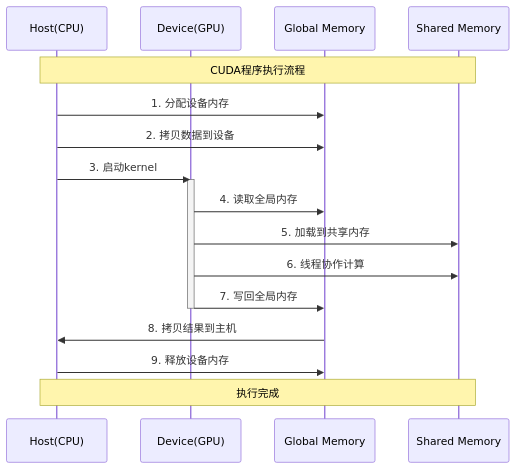
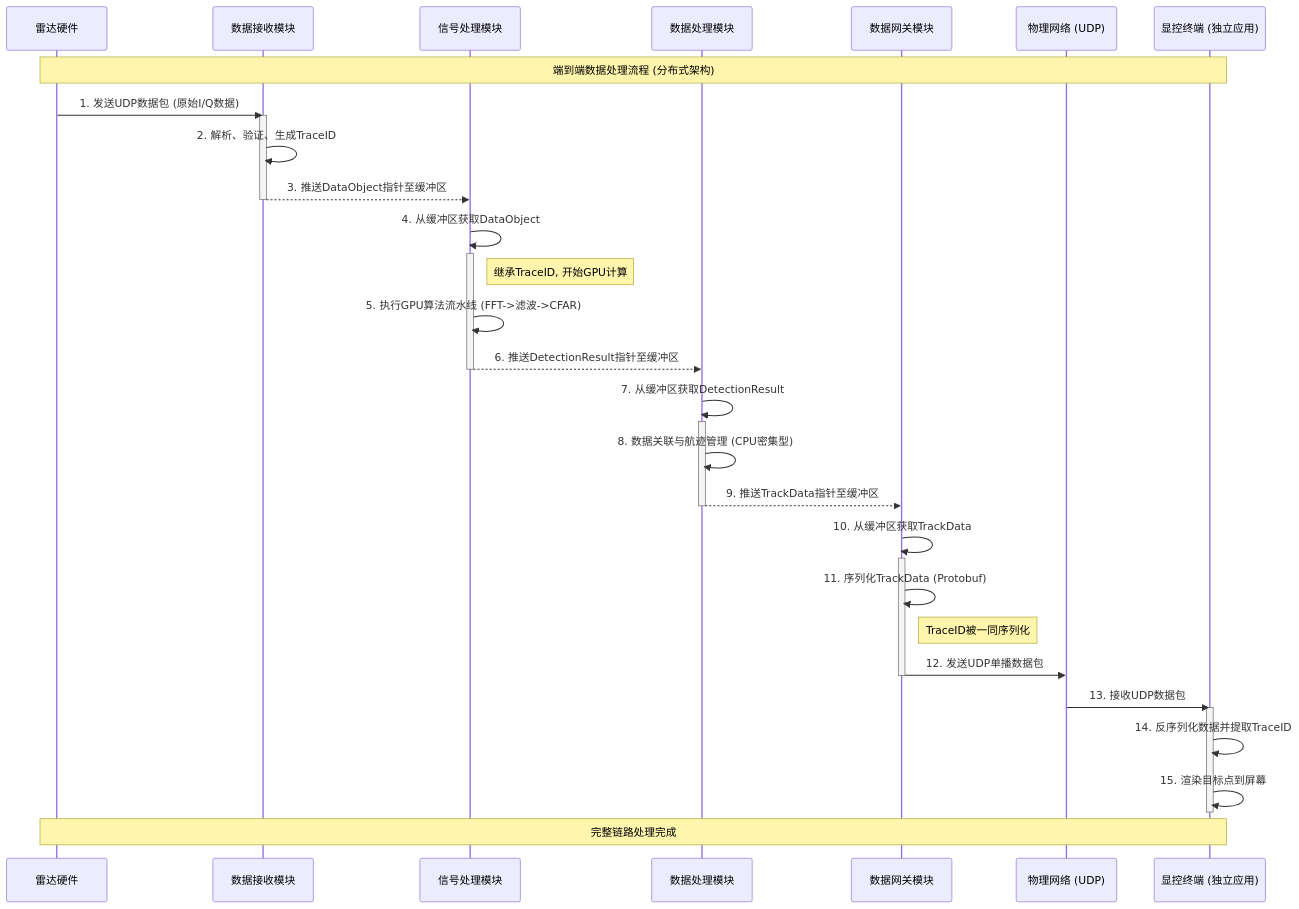
One commit to wendizhou99-cell/Radar changed the fifth of 12 diagrams in docs/03_技术规范/Mermaid图表规范.md. Above: the diagram before and after it, drawn with Mermaid. The commit also changed other lines of this file and 8 other files, not shown here.

````diff
--- a/docs/03_技术规范/Mermaid图表规范.md
+++ b/docs/03_技术规范/Mermaid图表规范.md
@@ -118,25 +441,53 @@
-```mermaid
-sequenceDiagram
-    participant H as Host(CPU)
-    participant D as Device(GPU)
-    participant GM as Global Memory
-    participant SM as Shared Memory
-    
-    Note over H,SM: CUDA程序执行流程
-    
-    H->>GM: 1. 分配设备内存
-    H->>GM: 2. 拷贝数据到设备
-    H->>D: 3. 启动kernel
-    
-    activate D
-    D->>GM: 4. 读取全局内存
-    D->>SM: 5. 加载到共享内存
-    D->>SM: 6. 线程协作计算
-    D->>GM: 7. 写回全局内存
-    deactivate D
-    
-    GM->>H: 8. 拷贝结果到主机
-    H->>GM: 9. 释放设备内存
-    
-    Note over H,SM: 执行完成
-```
+    ```mermaid
+    sequenceDiagram
+        %% --- 参与者定义 ---
+        participant Radar as 雷达硬件
+        participant DataReceiver as 数据接收模块
+        participant SignalProcessor as 信号处理模块
+        participant DataProcessor as 数据处理模块
+        participant DisplayController as 数据网关模块
+        participant Network as 物理网络 (UDP)
+        participant ClientApp as 显控终端 (独立应用)
+
+        %% --- 注解：定义图表的核心故事 ---
+        Note over Radar,ClientApp: 端到端数据处理流程 (分布式架构)
+
+        %% --- 阶段1: 数据接收与缓存 ---
+        Radar->>DataReceiver: 1. 发送UDP数据包 (原始I/Q数据)
+        activate DataReceiver
+        DataReceiver->>DataReceiver: 2. 解析、验证、生成TraceID
+        DataReceiver-->>SignalProcessor: 3. 推送DataObject指针至缓冲区
+        deactivate DataReceiver
+
+        %% --- 阶段2: GPU信号处理 ---
+        SignalProcessor->>SignalProcessor: 4. 从缓冲区获取DataObject
+        activate SignalProcessor
+        Note right of SignalProcessor: 继承TraceID, 开始GPU计算
+        SignalProcessor->>SignalProcessor: 5. 执行GPU算法流水线 (FFT->滤波->CFAR)
+        SignalProcessor-->>DataProcessor: 6. 推送DetectionResult指针至缓冲区
+        deactivate SignalProcessor
+
+        %% --- 阶段3: 目标跟踪处理 ---
+        DataProcessor->>DataProcessor: 7. 从缓冲区获取DetectionResult
+        activate DataProcessor
+        DataProcessor->>DataProcessor: 8. 数据关联与航迹管理 (CPU密集型)
+        DataProcessor-->>DisplayController: 9. 推送TrackData指针至缓冲区
+        deactivate DataProcessor
+
+        %% --- 阶段4: 数据网关处理与网络分发 ---
+        DisplayController->>DisplayController: 10. 从缓冲区获取TrackData
+        activate DisplayController
+        DisplayController->>DisplayController: 11. 序列化TrackData (Protobuf)
+        Note right of DisplayController: TraceID被一同序列化
+        DisplayController->>Network: 12. 发送UDP单播数据包
+        deactivate DisplayController
+
+        %% --- 阶段5: 客户端接收与显示 ---
+        Network->>ClientApp: 13. 接收UDP数据包
+        activate ClientApp
+        ClientApp->>ClientApp: 14. 反序列化数据并提取TraceID
+        ClientApp->>ClientApp: 15. 渲染目标点到屏幕
+        deactivate ClientApp
+
+        Note over Radar,ClientApp: 完整链路处理完成
+    ```
````
